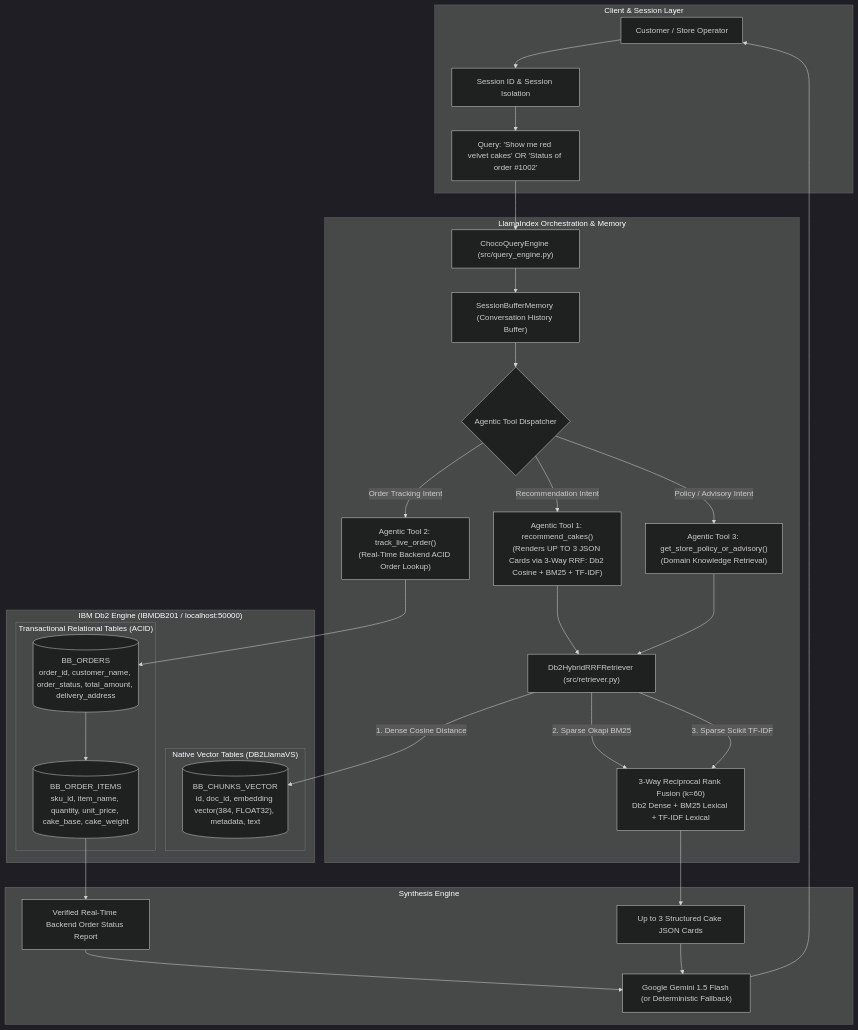
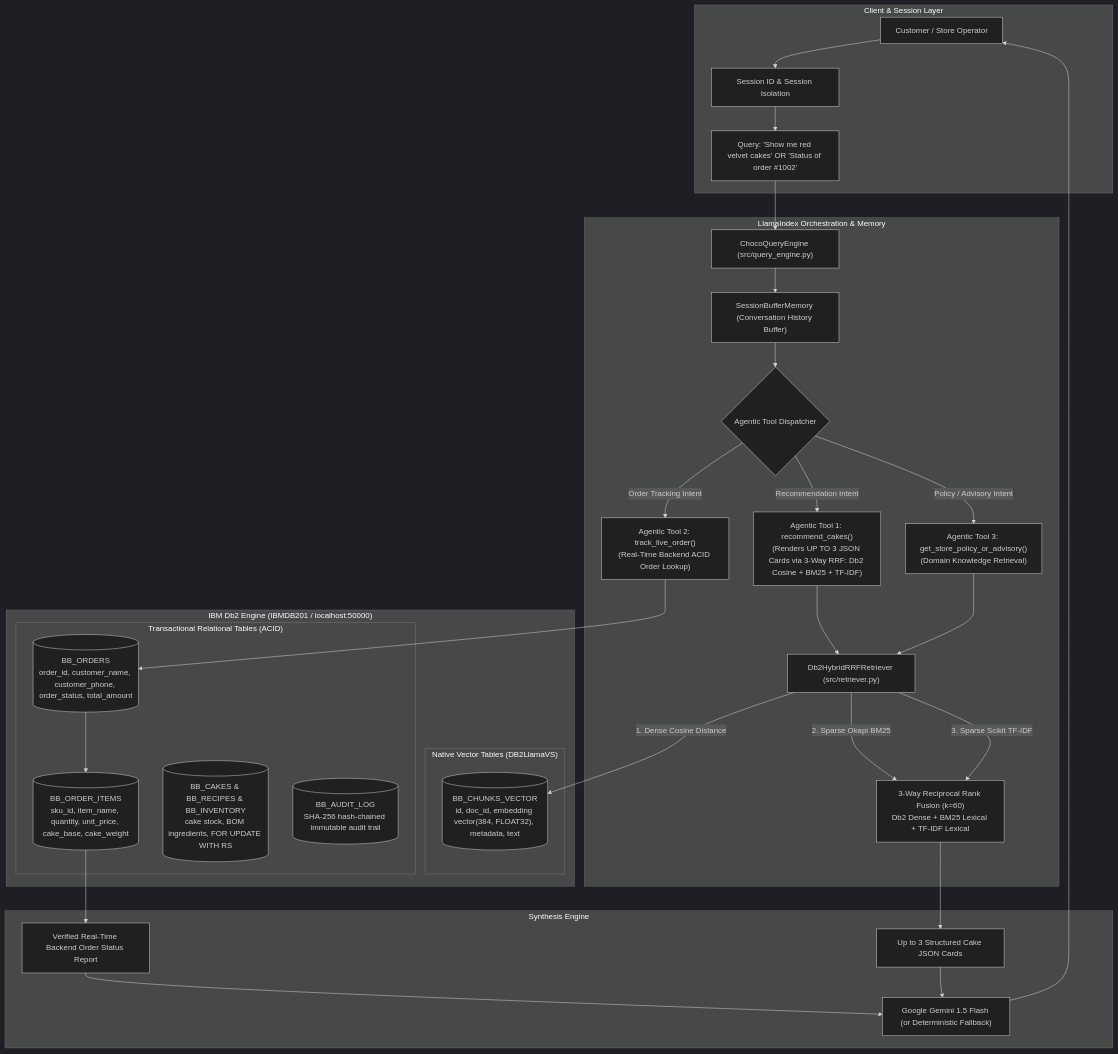
Before and after one commit to AYUSHDHANGAR/IBM_Db2_TechX_Project_Submission: the first of 4 diagrams in submissions/bakebox-choco-ai/architecture.md, drawn with Mermaid (dark theme). The commit also changed other lines of this file and 17 other files, not shown here.

````diff
--- a/submissions/bakebox-choco-ai/architecture.md
+++ b/submissions/bakebox-choco-ai/architecture.md
@@ -39,61 +39,63 @@
 ```mermaid
 flowchart TD
     subgraph Client ["Client & Session Layer"]
         User["Customer / Store Operator"]
         Session["Session ID & Session Isolation"]
         Query["Query: 'Show me red velvet cakes' OR 'Status of order #1002'"]
     end
 
     subgraph Orchestration ["LlamaIndex Orchestration & Memory"]
         Engine["ChocoQueryEngine (src/query_engine.py)"]
         BufferMem["SessionBufferMemory (Conversation History Buffer)"]
         Dispatcher{"Agentic Tool Dispatcher"}
         
         ToolRec["Agentic Tool 1: recommend_cakes()\n(Renders UP TO 3 JSON Cards via 3-Way RRF: Db2 Cosine + BM25 + TF-IDF)"]
         ToolOrder["Agentic Tool 2: track_live_order()\n(Real-Time Backend ACID Order Lookup)"]
         ToolPolicy["Agentic Tool 3: get_store_policy_or_advisory()\n(Domain Knowledge Retrieval)"]
         
         HybridRetriever["Db2HybridRRFRetriever (src/retriever.py)"]
         RRF["3-Way Reciprocal Rank Fusion (k=60)\nDb2 Dense + BM25 Lexical + TF-IDF Lexical"]
     end
 
     subgraph IBM_Db2 ["IBM Db2 Engine (IBMDB201 / localhost:50000)"]
         subgraph VectorStore ["Native Vector Tables (DB2LlamaVS)"]
             BB_VECTORS[("BB_CHUNKS_VECTOR\nid, doc_id, embedding vector(384, FLOAT32), metadata, text")]
         end
         subgraph RelationalStore ["Transactional Relational Tables (ACID)"]
-            BB_ORDERS[("BB_ORDERS\norder_id, customer_name, order_status, total_amount, delivery_address")]
+            BB_ORDERS[("BB_ORDERS\norder_id, customer_name, customer_phone, order_status, total_amount")]
             BB_ORDER_ITEMS[("BB_ORDER_ITEMS\nsku_id, item_name, quantity, unit_price, cake_base, cake_weight")]
+            BB_CAKES[("BB_CAKES & BB_RECIPES & BB_INVENTORY\ncake stock, BOM ingredients, FOR UPDATE WITH RS")]
+            BB_AUDIT[("BB_AUDIT_LOG\nSHA-256 hash-chained immutable audit trail")]
         end
     end
 
     subgraph Generation ["Synthesis Engine"]
         LLM["Google Gemini 1.5 Flash (or Deterministic Fallback)"]
         Cards["Up to 3 Structured Cake JSON Cards"]
         OrderReport["Verified Real-Time Backend Order Status Report"]
     end
 
     User --> Session --> Query
     Query --> Engine
     Engine --> BufferMem
     BufferMem --> Dispatcher
     
     Dispatcher -- "Order Tracking Intent" --> ToolOrder
     ToolOrder --> BB_ORDERS
     BB_ORDERS --> BB_ORDER_ITEMS
     BB_ORDER_ITEMS --> OrderReport
 
     Dispatcher -- "Recommendation Intent" --> ToolRec
     ToolRec --> HybridRetriever
     HybridRetriever -- "1. Dense Cosine Distance" --> BB_VECTORS
     HybridRetriever -- "2. Sparse Okapi BM25" --> RRF
     HybridRetriever -- "3. Sparse Scikit TF-IDF" --> RRF
     RRF --> Cards
 
     Dispatcher -- "Policy / Advisory Intent" --> ToolPolicy
     ToolPolicy --> HybridRetriever
 
     Cards --> LLM
     OrderReport --> LLM
     LLM --> User
 ```
````
